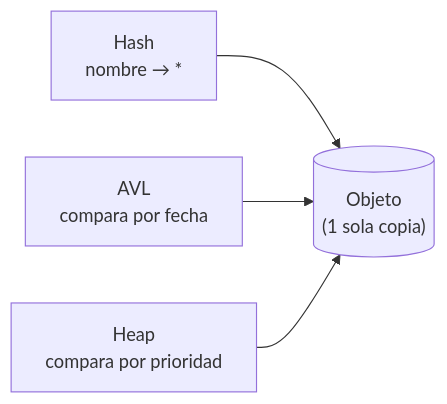
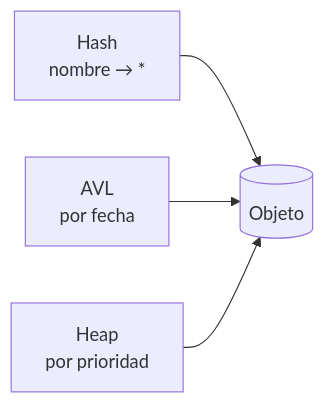
The first of 4 diagrams in slides.md (BRJoaquin/A2-presentaciones-07-MultiEstructuras), drawn with Mermaid before and after one commit. The commit also changed other lines of this file and 15 other files, not shown here.

````diff
--- a/slides.md
+++ b/slides.md
@@ -400,6 +320,6 @@
 ```mermaid
 flowchart LR
-  H["Hash<br/>nombre → *"] --> O[("Objeto<br/>(1 sola copia)")]
-  A["AVL<br/>compara por fecha"] --> O
-  P["Heap<br/>compara por prioridad"] --> O
+  H["Hash<br/>nombre → *"] --> O[("Objeto")]
+  A["AVL<br/>por fecha"] --> O
+  P["Heap<br/>por prioridad"] --> O
 ```
````
